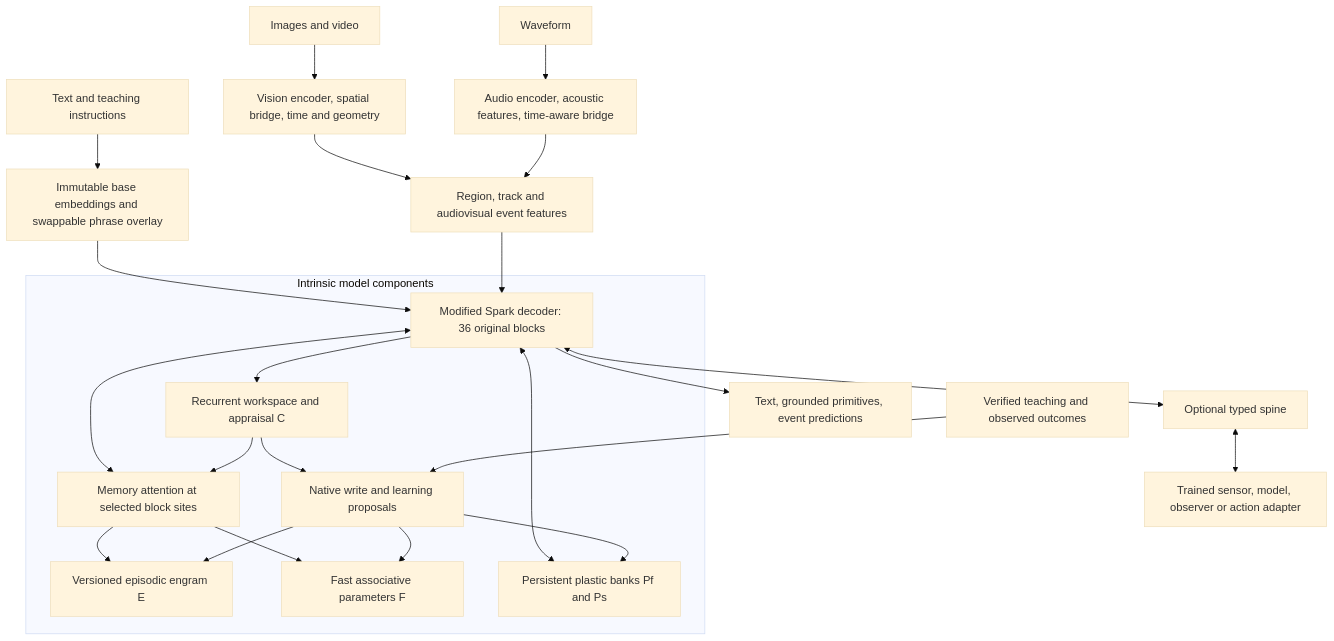
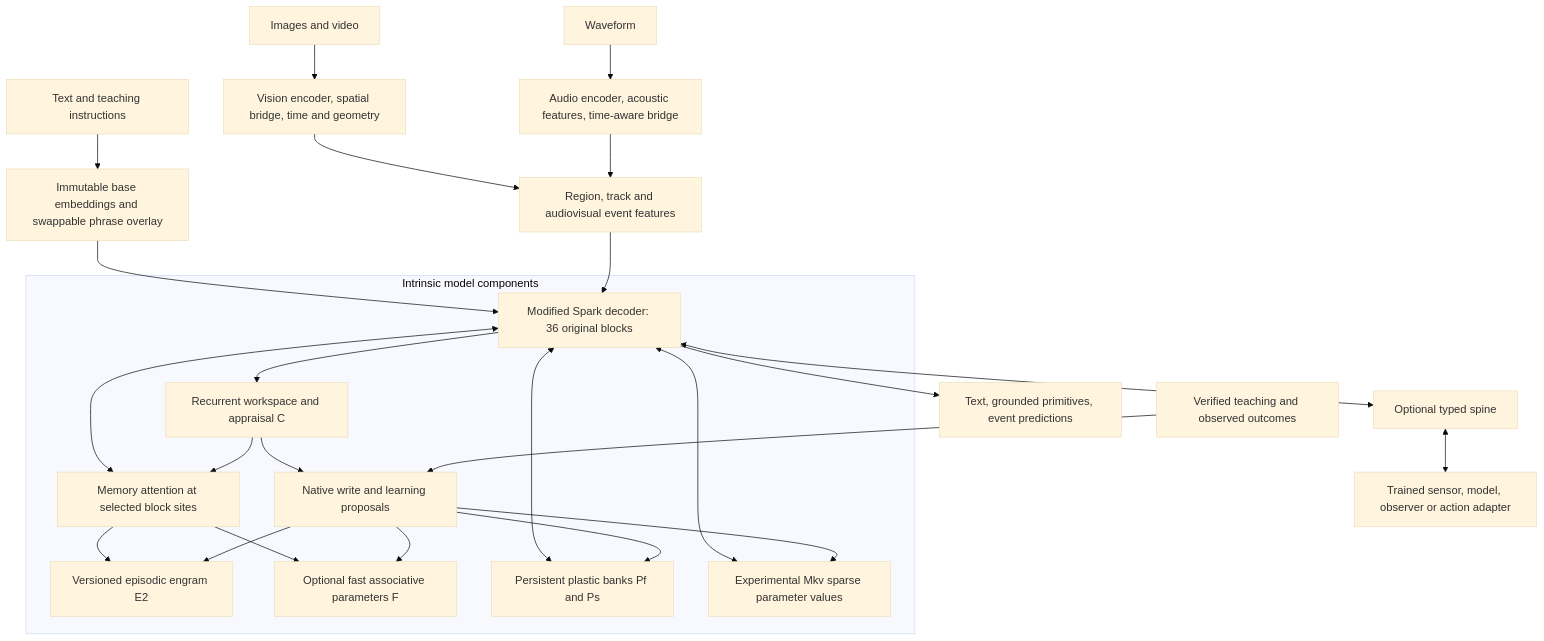
Before and after one commit to BaiTian6641/replica_r3_starter: the diagram in docs/architecture/23_SparkX_2_6_4B_Final_Product_Blueprint.md, drawn with Mermaid (base theme). The commit also changed other lines of this file and 104 other files, not shown here.

````diff
--- a/docs/architecture/23_SparkX_2_6_4B_Final_Product_Blueprint.md
+++ b/docs/architecture/23_SparkX_2_6_4B_Final_Product_Blueprint.md
@@ -104,26 +111,28 @@
 ```mermaid
 flowchart TB
   T[Text and teaching instructions] --> EMB[Immutable base embeddings and swappable phrase overlay]
   V[Images and video] --> VE[Vision encoder, spatial bridge, time and geometry]
   A[Waveform] --> AE[Audio encoder, acoustic features, time-aware bridge]
   VE --> EVENTS[Region, track and audiovisual event features]
   AE --> EVENTS
   EMB --> D[Modified Spark decoder: 36 original blocks]
   EVENTS --> D
   subgraph NATIVE[Intrinsic model components]
     D <--> R[Memory attention at selected block sites]
-    R --> E[Versioned episodic engram E]
-    R --> F[Fast associative parameters F]
+    R --> E[Versioned episodic engram E2]
+    R --> F[Optional fast associative parameters F]
     D <--> P[Persistent plastic banks Pf and Ps]
+    D <--> M[Experimental Mkv sparse parameter values]
     D --> C[Recurrent workspace and appraisal C]
     C --> R
     C --> W[Native write and learning proposals]
     W --> E
     W --> F
     W --> P
+    W --> M
   end
   D --> O[Text, grounded primitives, event predictions]
   D <--> U[Optional typed spine]
   U <--> X[Trained sensor, model, observer or action adapter]
   Q[Verified teaching and observed outcomes] --> W
 ```
````
